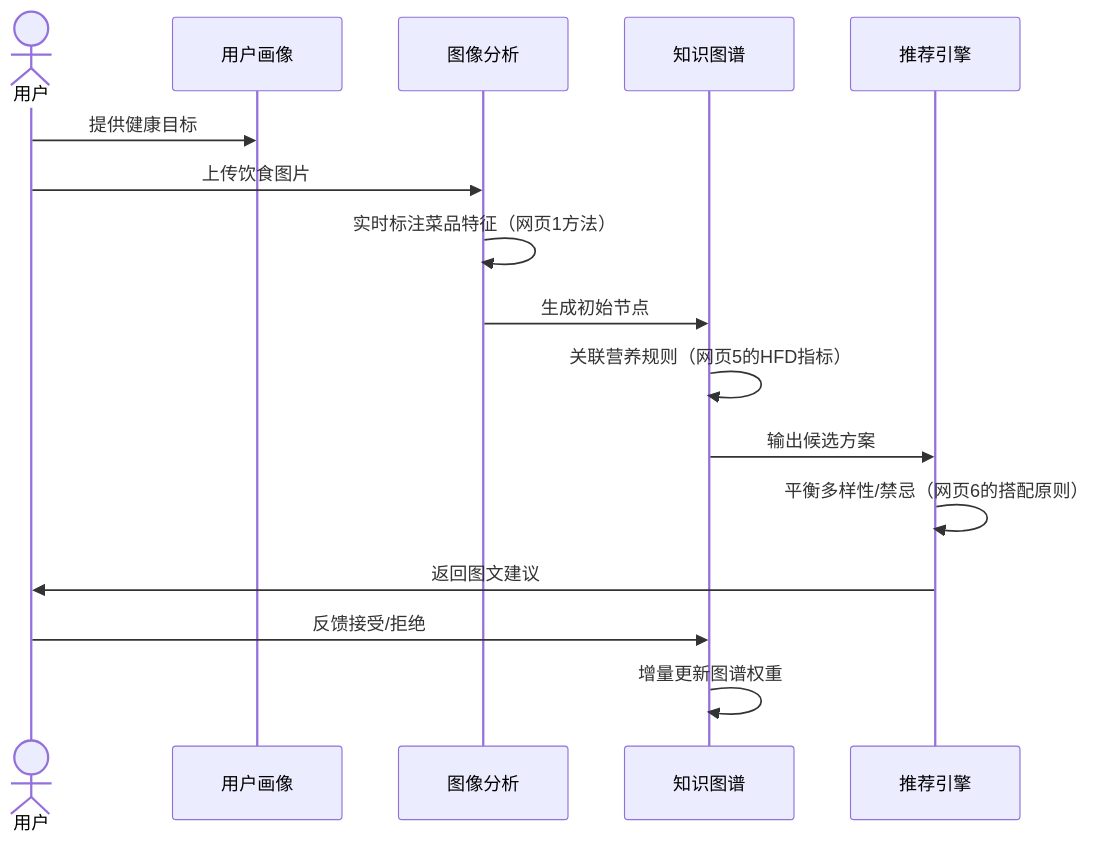
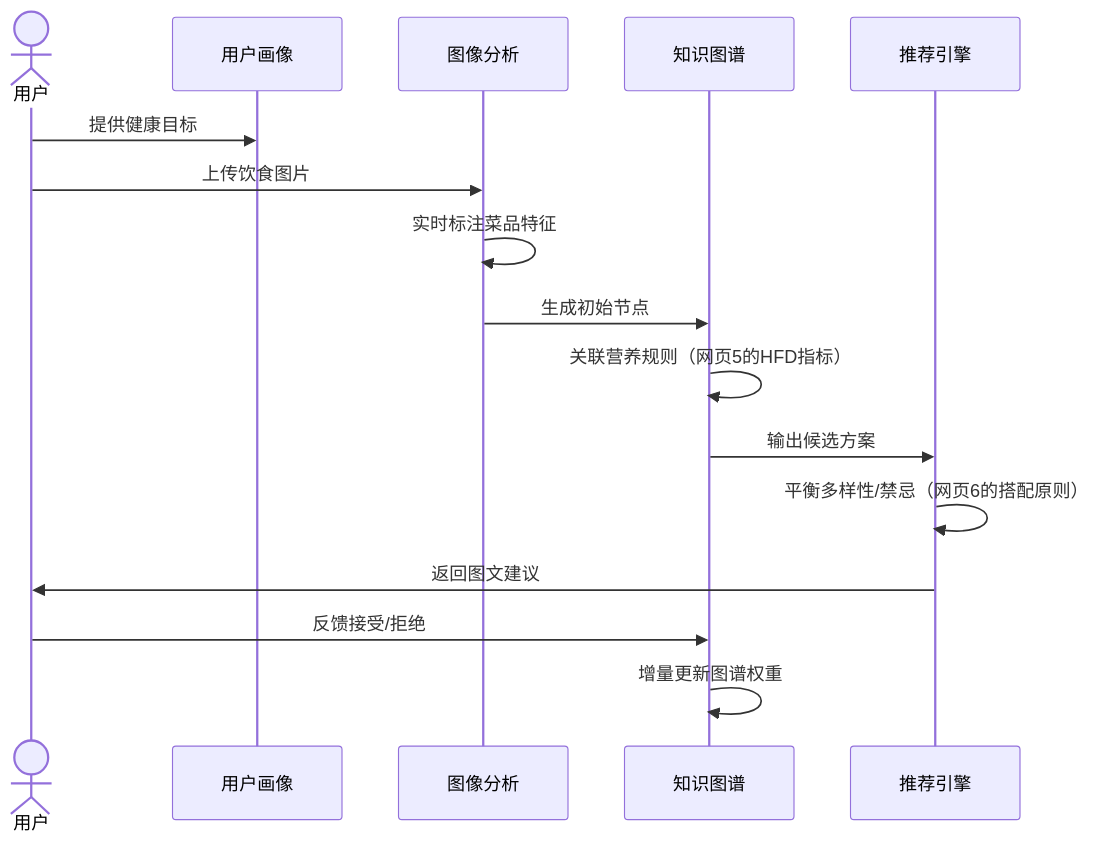
The diagram in all/未命名-1.md (funnyData/iodraw-files), drawn with Mermaid before and after one commit.

Commit message:
2025-03-19 16:27:59 update

````diff
--- a/all/未命名-1.md
+++ b/all/未命名-1.md
@@ -1,20 +1,20 @@
 ```mermaid
 %% 数据流图（基于网页1/2/5的时序图语法优化）
 sequenceDiagram
     actor User as 用户
     participant UP as 用户画像
     participant IA as 图像分析
     participant KG as 知识图谱
     participant RM as 推荐引擎
 
     User->>UP: 提供健康目标
     User->>IA: 上传饮食图片
-    IA->>IA: 实时标注菜品特征（网页1方法）
+    IA->>IA: 实时标注菜品特征
     IA->>KG: 生成初始节点
     KG->>KG: 关联营养规则（网页5的HFD指标）
     KG->>RM: 输出候选方案
     RM->>RM: 平衡多样性/禁忌（网页6的搭配原则）
     RM->>User: 返回图文建议
     User->>KG: 反馈接受/拒绝
     KG->>KG: 增量更新图谱权重
 ```
````
